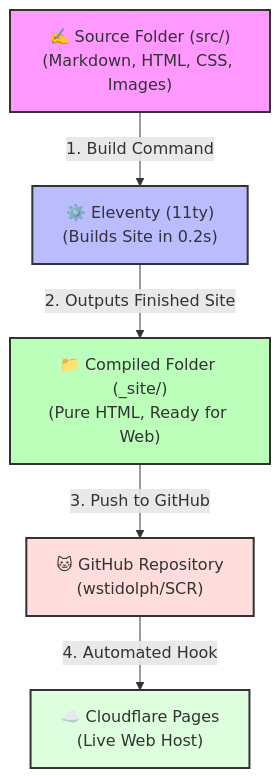
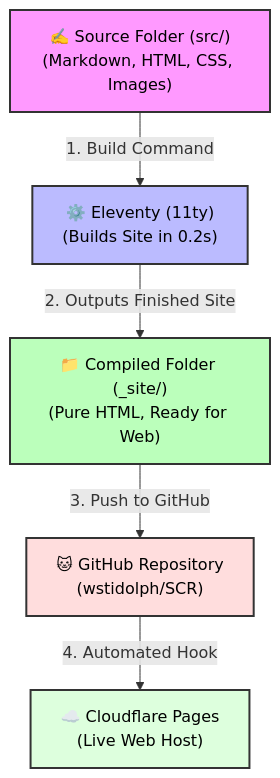
The diagram in maintenance_guide.md (wstidolph/SCR), drawn with Mermaid before and after one commit.

Commit message:
Fix maintenance guide Mermaid diagram legibility in dark mode by forcing dark text

````diff
--- a/maintenance_guide.md
+++ b/maintenance_guide.md
@@ -13,13 +13,13 @@
 ```mermaid
 graph TD
     A["✍️ Source Folder (src/)<br>(Markdown, HTML, CSS, Images)"] -->|1. Build Command| B["⚙️ Eleventy (11ty)<br>(Builds Site in 0.2s)"]
     B -->|2. Outputs Finished Site| C["📁 Compiled Folder (_site/)<br>(Pure HTML, Ready for Web)"]
     C -->|3. Push to GitHub| D["🐱 GitHub Repository<br>(wstidolph/SCR)"]
     D -->|4. Automated Hook| E["☁️ Cloudflare Pages<br>(Live Web Host)"]
     
-    style A fill:#f9f,stroke:#333,stroke-width:2px
-    style B fill:#bbf,stroke:#333,stroke-width:2px
-    style C fill:#bfb,stroke:#333,stroke-width:2px
-    style D fill:#fdd,stroke:#333,stroke-width:2px
-    style E fill:#dfd,stroke:#333,stroke-width:2px
+    style A fill:#f9f,stroke:#333,stroke-width:2px,color:#000
+    style B fill:#bbf,stroke:#333,stroke-width:2px,color:#000
+    style C fill:#bfb,stroke:#333,stroke-width:2px,color:#000
+    style D fill:#fdd,stroke:#333,stroke-width:2px,color:#000
+    style E fill:#dfd,stroke:#333,stroke-width:2px,color:#000
 ```
````
